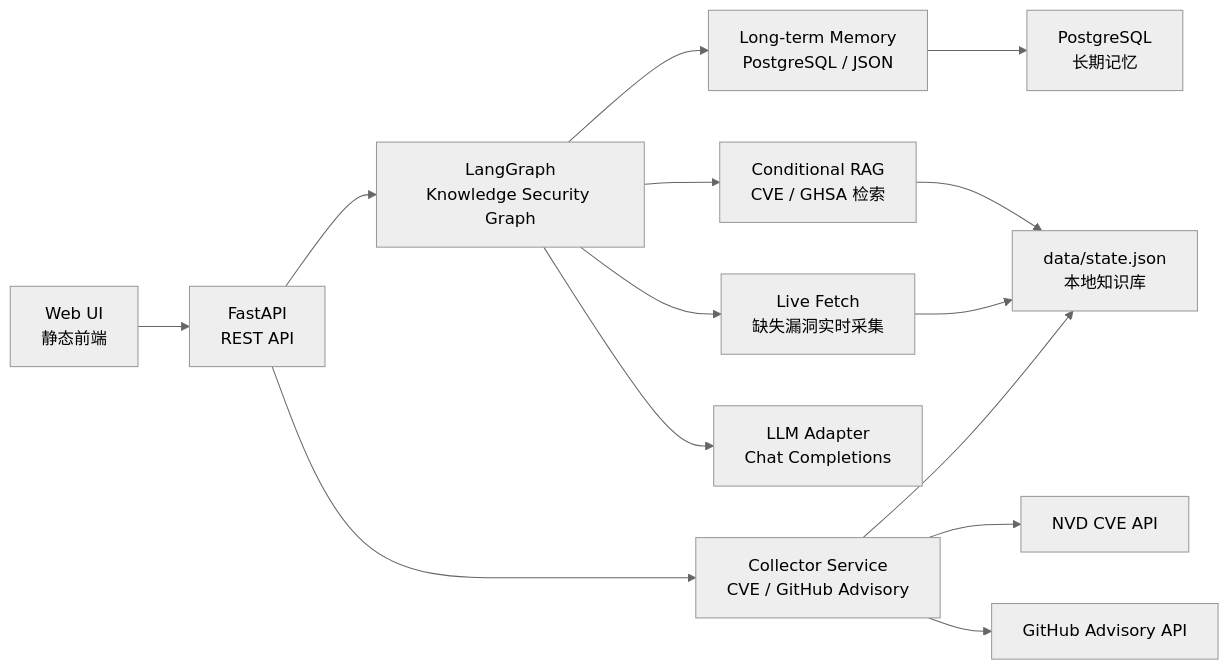
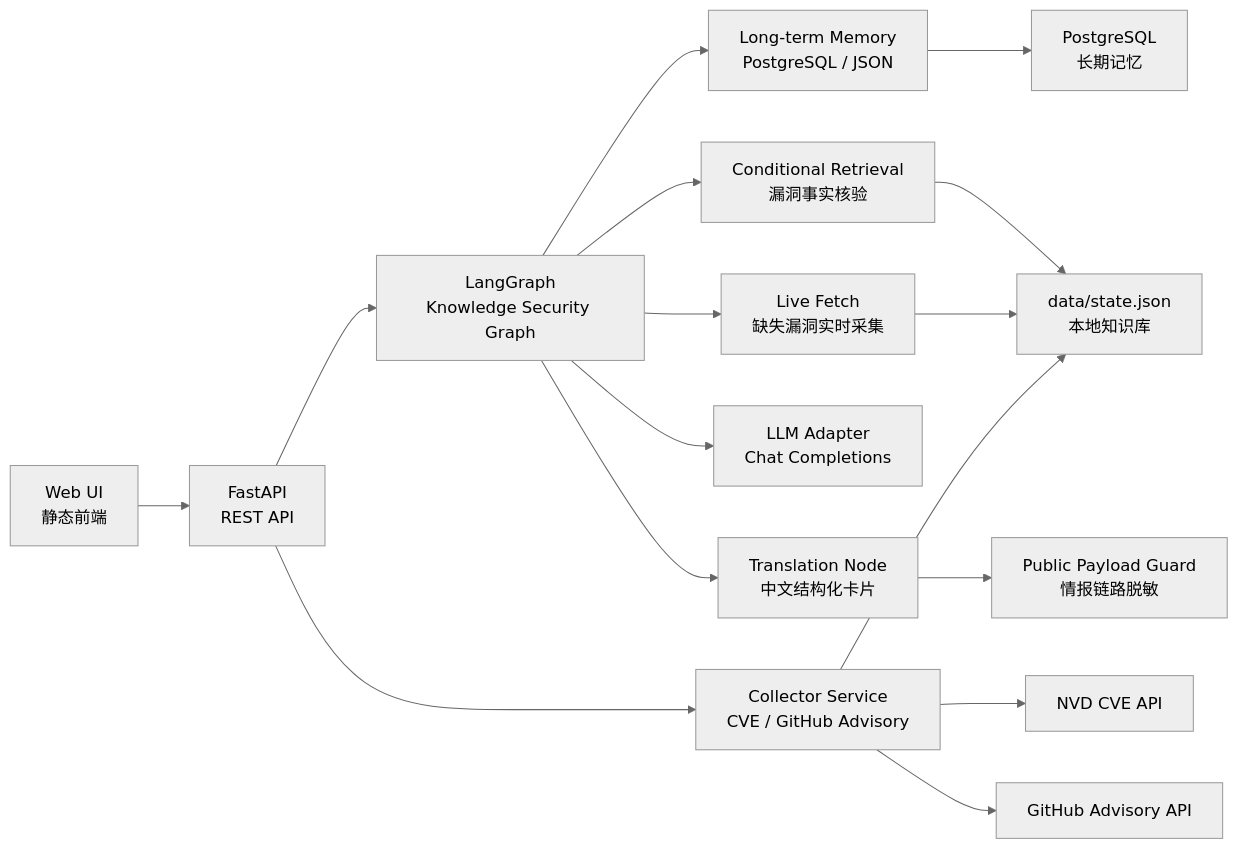
One commit to FuNianTongXue/secflow-knowledge-security-assistant changed the diagram in README.md. Above: the diagram before and after it, drawn with Mermaid (neutral theme). The commit also changed other lines of this file and 10 other files, not shown here.

````diff
--- a/README.md
+++ b/README.md
@@ -51,16 +56,18 @@
 ```mermaid
 flowchart LR
   UI["Web UI<br/>静态前端"] --> API["FastAPI<br/>REST API"]
   API --> GRAPH["LangGraph<br/>Knowledge Security Graph"]
   API --> COLLECTOR["Collector Service<br/>CVE / GitHub Advisory"]
   GRAPH --> MEMORY["Long-term Memory<br/>PostgreSQL / JSON"]
-  GRAPH --> SEARCH["Conditional RAG<br/>CVE / GHSA 检索"]
+  GRAPH --> SEARCH["Conditional Retrieval<br/>漏洞事实核验"]
   GRAPH --> LLM["LLM Adapter<br/>Chat Completions"]
+  GRAPH --> TRANS["Translation Node<br/>中文结构化卡片"]
+  TRANS --> PRIVACY["Public Payload Guard<br/>情报链路脱敏"]
   GRAPH --> LIVE["Live Fetch<br/>缺失漏洞实时采集"]
   COLLECTOR --> NVD["NVD CVE API"]
   COLLECTOR --> GHSA["GitHub Advisory API"]
   SEARCH --> STORE["data/state.json<br/>本地知识库"]
   LIVE --> STORE
   COLLECTOR --> STORE
   MEMORY --> PG["PostgreSQL<br/>长期记忆"]
 ```
````
